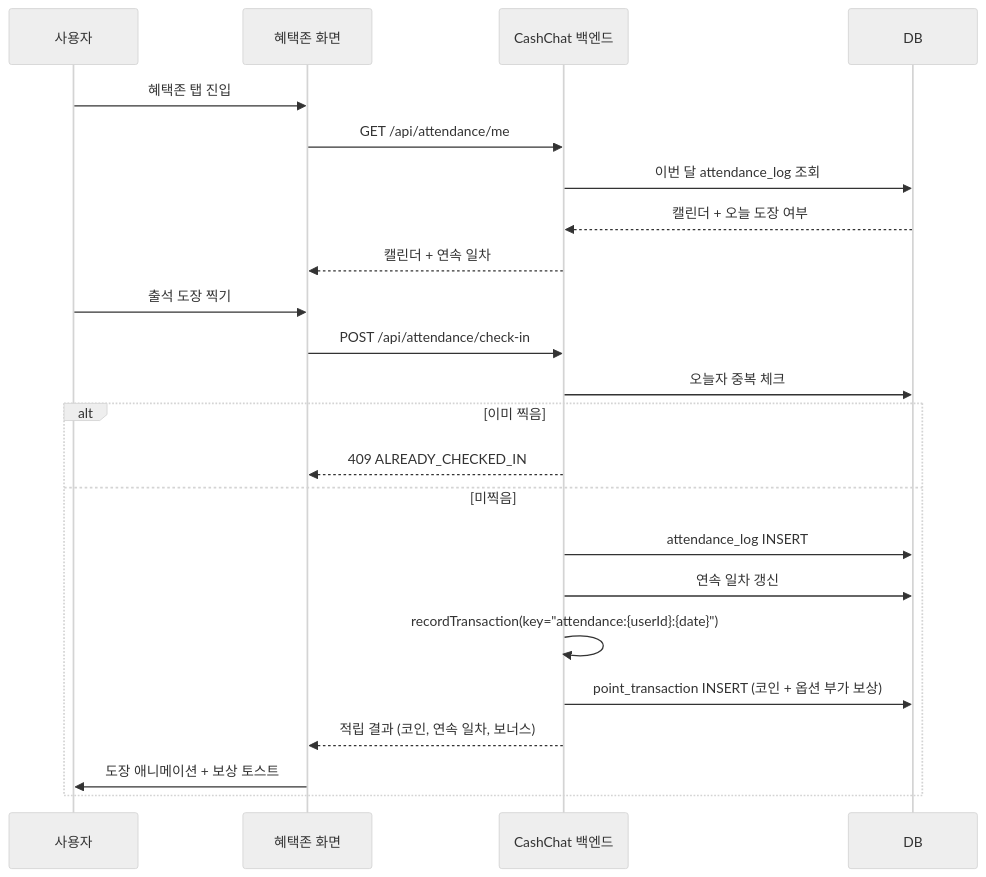
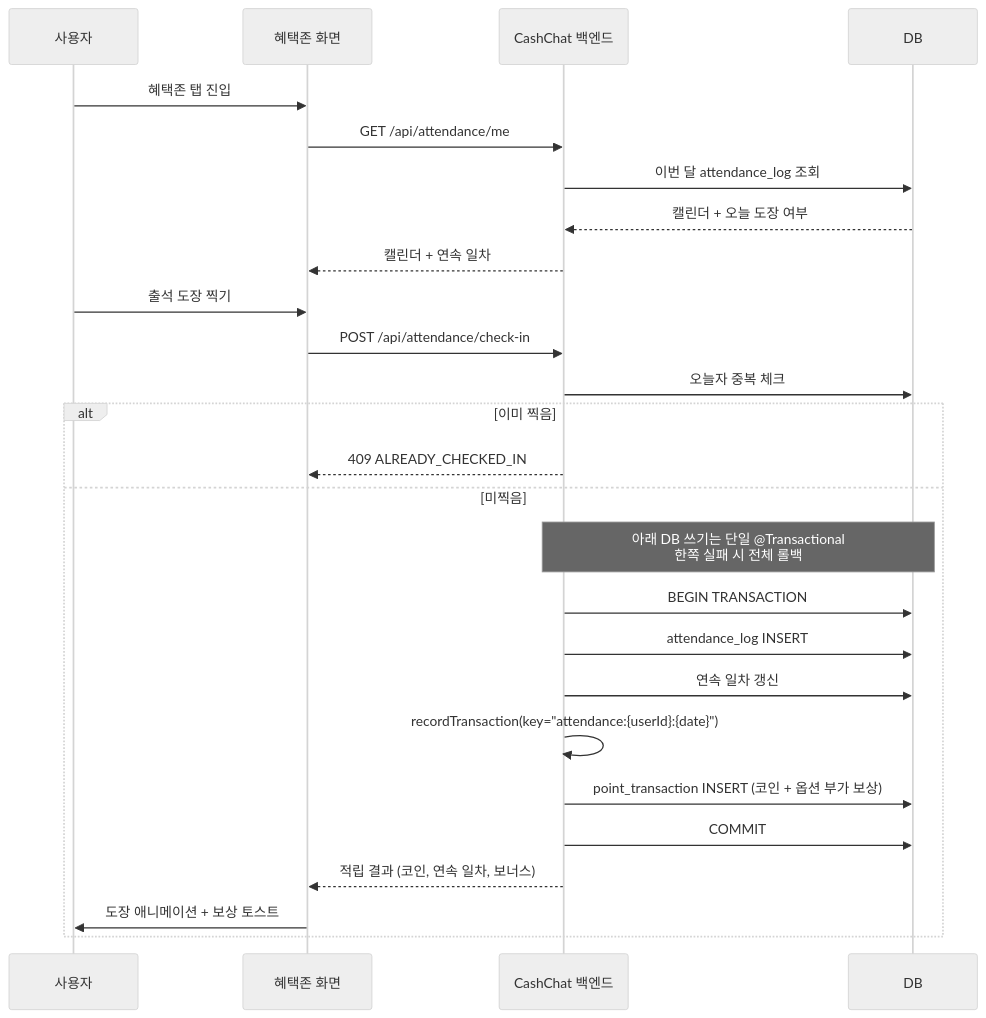
The first of 2 diagrams in docs/features/reward/spec.md (cash-chat-mvp/cash-chat-mvp), drawn with Mermaid (neutral theme) before and after one commit. The commit also changed other lines of this file and 1 other file, not shown here.

````diff
--- a/docs/features/reward/spec.md
+++ b/docs/features/reward/spec.md
@@ -156,26 +185,29 @@
 ```mermaid
 sequenceDiagram
     participant User as 사용자
     participant FE as 혜택존 화면
     participant API as CashChat 백엔드
     participant DB as DB
 
     User->>FE: 혜택존 탭 진입
     FE->>API: GET /api/attendance/me
     API->>DB: 이번 달 attendance_log 조회
     DB-->>API: 캘린더 + 오늘 도장 여부
     API-->>FE: 캘린더 + 연속 일차
     User->>FE: 출석 도장 찍기
     FE->>API: POST /api/attendance/check-in
     API->>DB: 오늘자 중복 체크
     alt 이미 찍음
         API-->>FE: 409 ALREADY_CHECKED_IN
     else 미찍음
+        Note over API,DB: 아래 DB 쓰기는 단일 @Transactional<br/>한쪽 실패 시 전체 롤백
+        API->>DB: BEGIN TRANSACTION
         API->>DB: attendance_log INSERT
         API->>DB: 연속 일차 갱신
         API->>API: recordTransaction(key="attendance:{userId}:{date}")
         API->>DB: point_transaction INSERT (코인 + 옵션 부가 보상)
+        API->>DB: COMMIT
         API-->>FE: 적립 결과 (코인, 연속 일차, 보너스)
         FE->>User: 도장 애니메이션 + 보상 토스트
     end
 ```
````
